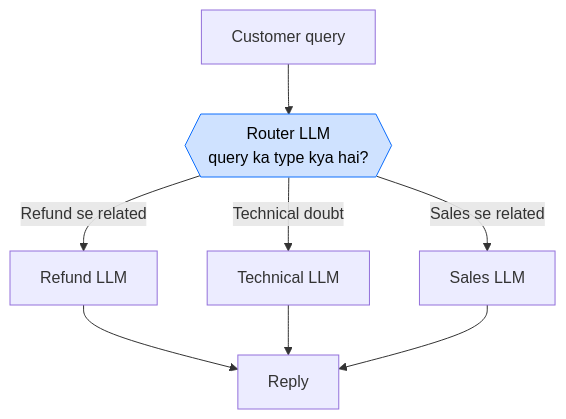
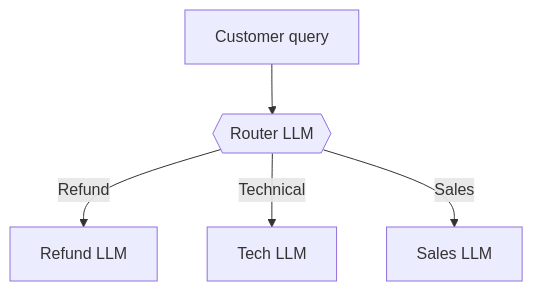
One commit to pallav2712/langGraph-campusx-notes changed the fifth of 18 diagrams in V04-LangGraph core concepts/README.md. Above: the diagram before and after it, drawn with Mermaid. The commit also changed other lines of this file, not shown here.

Commit message:
v04 langGraph core concepts updated graphs and notes balanced

````diff
--- a/V04-LangGraph core concepts/README.md
+++ b/V04-LangGraph core concepts/README.md
@@ -134,11 +121,7 @@
 ```mermaid
 flowchart TD
-    Q["Customer query"] --> R{{"Router LLM<br/>query ka type kya hai?"}}
-    R -- "Refund se related" --> A["Refund LLM"]
-    R -- "Technical doubt" --> B["Technical LLM"]
-    R -- "Sales se related" --> C["Sales LLM"]
-    A --> OUT["Reply"]
-    B --> OUT
-    C --> OUT
-    style R fill:#cfe2ff,stroke:#0d6efd,color:#000
+    Q["Customer query"] --> R{{"Router LLM"}}
+    R -- "Refund" --> A["Refund LLM"]
+    R -- "Technical" --> B["Tech LLM"]
+    R -- "Sales" --> C["Sales LLM"]
 ```
````
